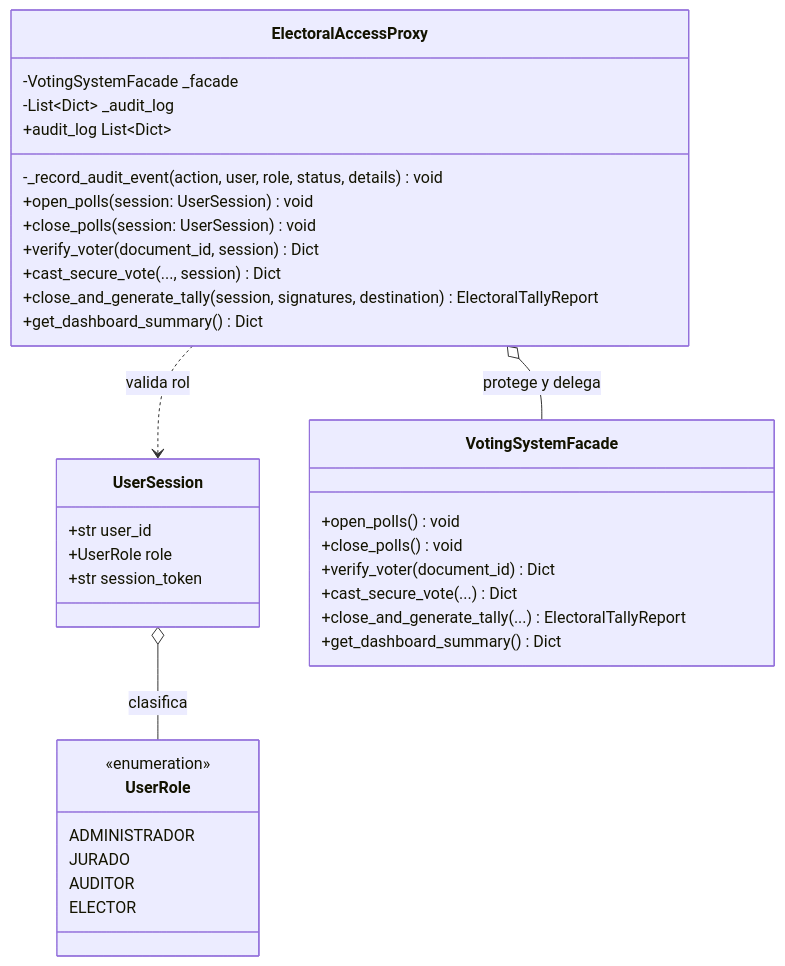
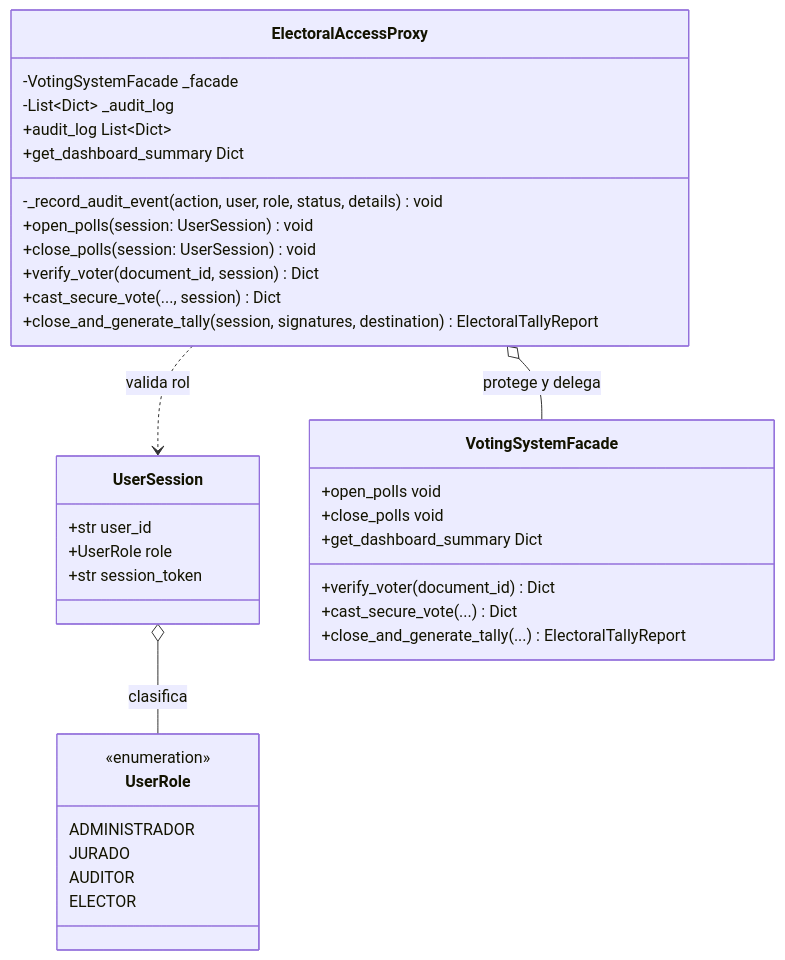
The first of 2 diagrams in avances/avance_8/patron_proxy_flyweight.md (yesidexe/pdsa194), drawn with Mermaid before and after one commit. The commit also changed other lines of this file and 54 other files, not shown here.

````diff
--- a/avances/avance_8/patron_proxy_flyweight.md
+++ b/avances/avance_8/patron_proxy_flyweight.md
@@ -77,47 +54,47 @@
 ```mermaid
 classDiagram
     direction TB
 
     %% Contexto de Sesión
     class UserRole {
         <<enumeration>>
         ADMINISTRADOR
         JURADO
         AUDITOR
         ELECTOR
     }
 
     class UserSession {
         +str user_id
         +UserRole role
         +str session_token
     }
 
     %% Sujeto Real (RealSubject)
     class VotingSystemFacade {
-        +open_polls() void
-        +close_polls() void
+        +open_polls void
+        +close_polls void
         +verify_voter(document_id) Dict
         +cast_secure_vote(...) Dict
         +close_and_generate_tally(...) ElectoralTallyReport
-        +get_dashboard_summary() Dict
+        +get_dashboard_summary Dict
     }
 
     %% Sustituto Protector (Proxy)
     class ElectoralAccessProxy {
         -VotingSystemFacade _facade
         -List~Dict~ _audit_log
         +audit_log List~Dict~
         -_record_audit_event(action, user, role, status, details) void
         +open_polls(session: UserSession) void
         +close_polls(session: UserSession) void
         +verify_voter(document_id, session) Dict
         +cast_secure_vote(..., session) Dict
         +close_and_generate_tally(session, signatures, destination) ElectoralTallyReport
-        +get_dashboard_summary() Dict
+        +get_dashboard_summary Dict
     }
 
     ElectoralAccessProxy o-- VotingSystemFacade : protege y delega
     ElectoralAccessProxy ..> UserSession : valida rol
     UserSession o-- UserRole : clasifica
 ```
````
